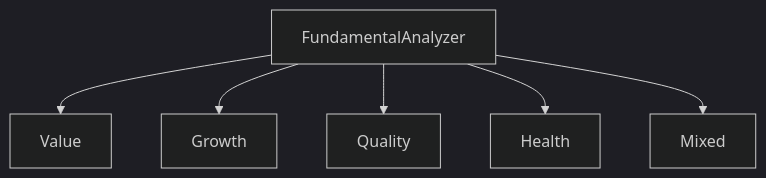
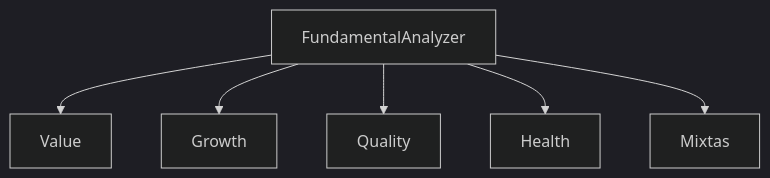
One commit to Romequinco/Sistema-De-Analisis-Financiero changed the diagram in src/analisis/fundamental/fundamental.md. Above: the diagram before and after it, drawn with Mermaid (dark theme). The commit also changed other lines of this file and 16 other files, not shown here.

````diff
--- a/src/analisis/fundamental/fundamental.md
+++ b/src/analisis/fundamental/fundamental.md
@@ -28,8 +23,8 @@
 ```mermaid
 flowchart TB
     A[FundamentalAnalyzer] --> B[Value]
     A --> C[Growth]
     A --> D[Quality]
     A --> E[Health]
-    A --> F[Mixed]
+    A --> F[Mixtas]
 ```
````
